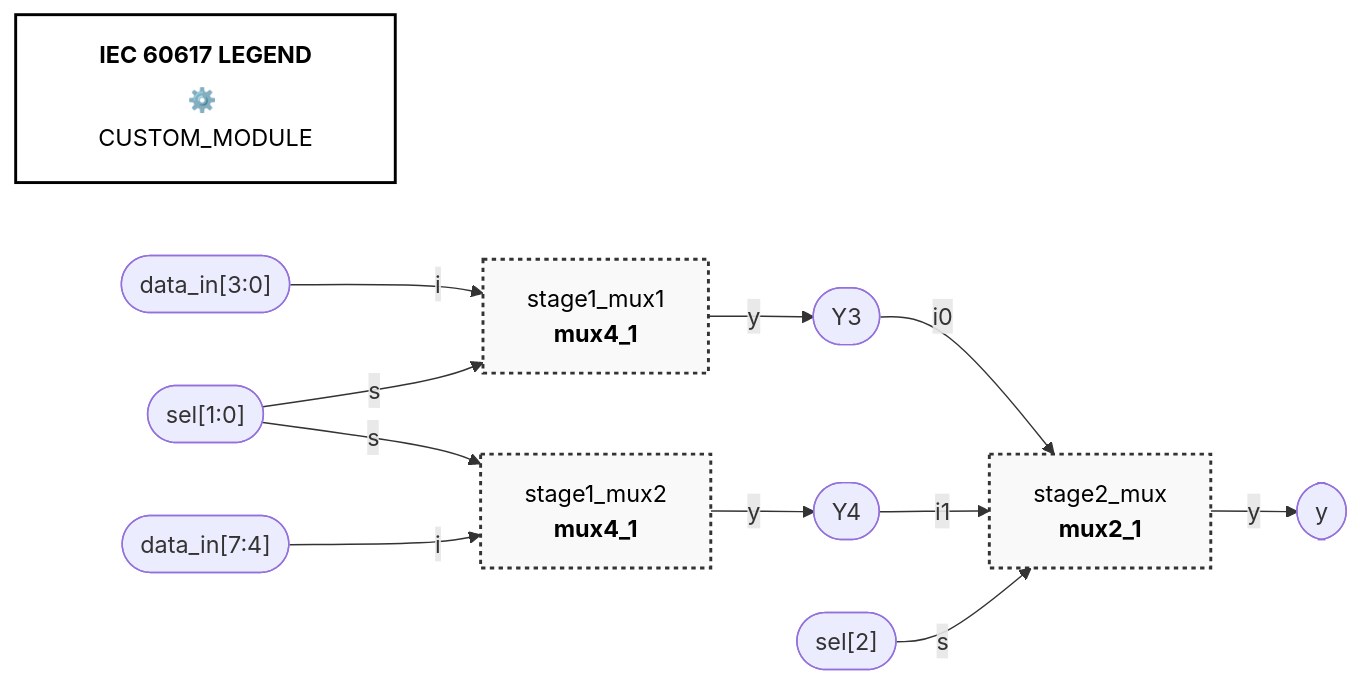
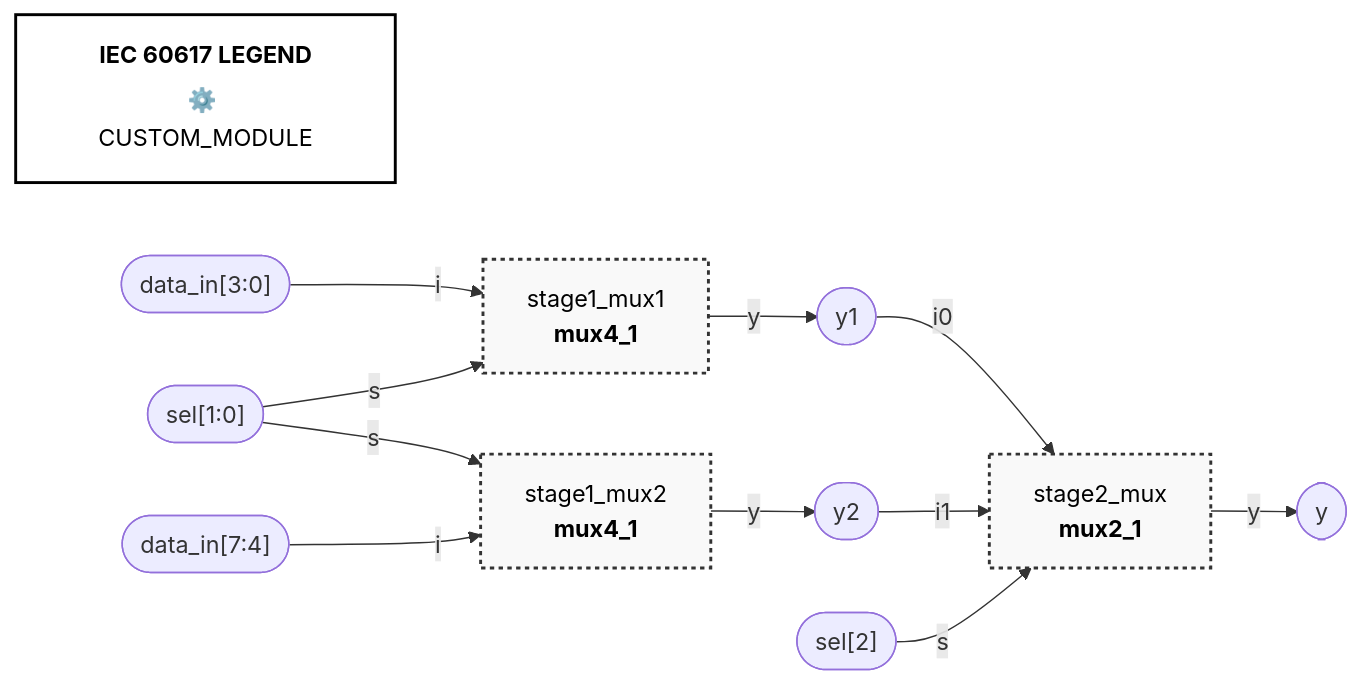
One commit to GizmoKnPi/Netlist2Mermaid-CI-Pipeline changed the diagram in README.md. Above: the diagram before and after it, drawn with Mermaid. The commit also changed 1 other file, not shown here.

Commit message:
netlist change

````diff
--- a/README.md
+++ b/README.md
@@ -2,31 +2,31 @@
 ```mermaid
 graph LR;
     %% --- COLOR CLASSES ---
     classDef AND_GATE fill:#AEC6CF,stroke:#333,stroke-width:2px,color:#000;
     classDef OR_GATE fill:#77DD77,stroke:#333,stroke-width:2px,color:#000;
     classDef XOR_GATE fill:#CFCFC4,stroke:#333,stroke-width:2px,color:#000;
     classDef NOT_GATE fill:#FDFD96,stroke:#333,stroke-width:2px,color:#000;
     classDef NAND_GATE fill:#FFB347,stroke:#333,stroke-width:2px,color:#000;
     classDef NOR_GATE fill:#FF6961,stroke:#333,stroke-width:2px,color:#000;
     classDef MUX2X1 fill:#B39EB5,stroke:#333,stroke-width:2px,color:#000;
     classDef CUSTOM_MODULE fill:#8EE1E7,stroke:#333,stroke-width:2px,color:#000;
     classDef DEFAULT_MOD fill:#f9f9f9,stroke:#333,stroke-width:2px,stroke-dasharray: 3 3,color:#000;
 
     LEGEND["<h4 style='margin:0px; padding-bottom:5px; color:black !important;'>IEC 60617 LEGEND</h4><div style='margin-bottom:4px; color:black !important;'><span style='display:inline-block; border:1px dashed #333; background:#f9f9f9; padding:2px 8px; border-radius:3px; width:35px; text-align:center;'><b style='color:black !important;'>⚙️</b></span> CUSTOM_MODULE</div>"]
     style LEGEND fill:#ffffff,stroke:#000,stroke-width:2px
     %% ----------------------------------
 
     stage1_mux1["stage1_mux1<br><b>mux4_1</b>"]:::DEFAULT_MOD
     data_in_3_0_(["data_in[3:0]"]) -->|i| stage1_mux1;
     sel_1_0_(["sel[1:0]"]) -->|s| stage1_mux1;
-    stage1_mux1 -->|y| Y3(["Y3"]);
+    stage1_mux1 -->|y| y1(["y1"]);
     stage1_mux2["stage1_mux2<br><b>mux4_1</b>"]:::DEFAULT_MOD
     data_in_7_4_(["data_in[7:4]"]) -->|i| stage1_mux2;
     sel_1_0_(["sel[1:0]"]) -->|s| stage1_mux2;
-    stage1_mux2 -->|y| Y4(["Y4"]);
+    stage1_mux2 -->|y| y2(["y2"]);
     stage2_mux["stage2_mux<br><b>mux2_1</b>"]:::DEFAULT_MOD
-    Y3(["Y3"]) -->|i0| stage2_mux;
-    Y4(["Y4"]) -->|i1| stage2_mux;
+    y1(["y1"]) -->|i0| stage2_mux;
+    y2(["y2"]) -->|i1| stage2_mux;
     sel_2_(["sel[2]"]) -->|s| stage2_mux;
     stage2_mux -->|y| y(["y"]);
 ```
````
